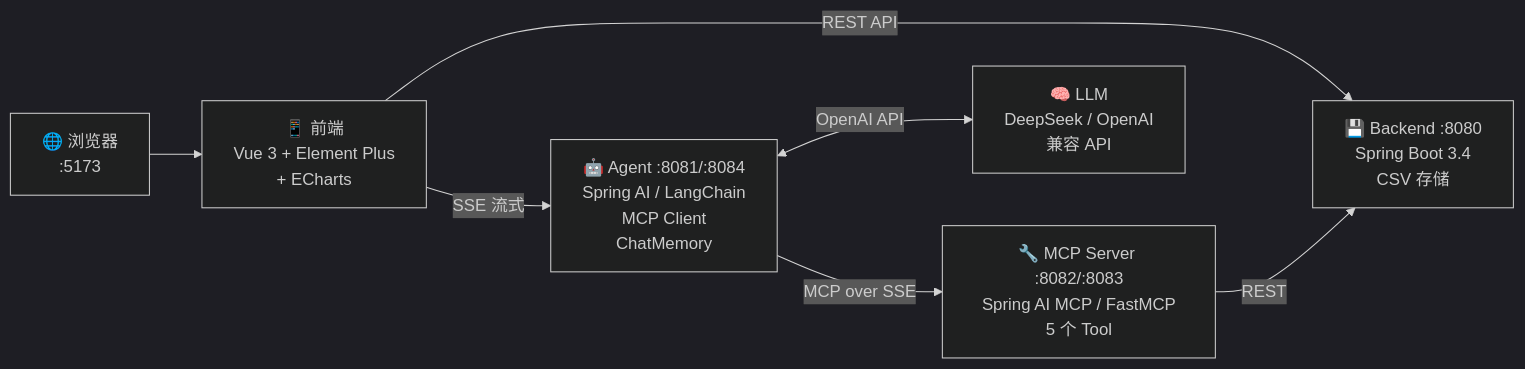
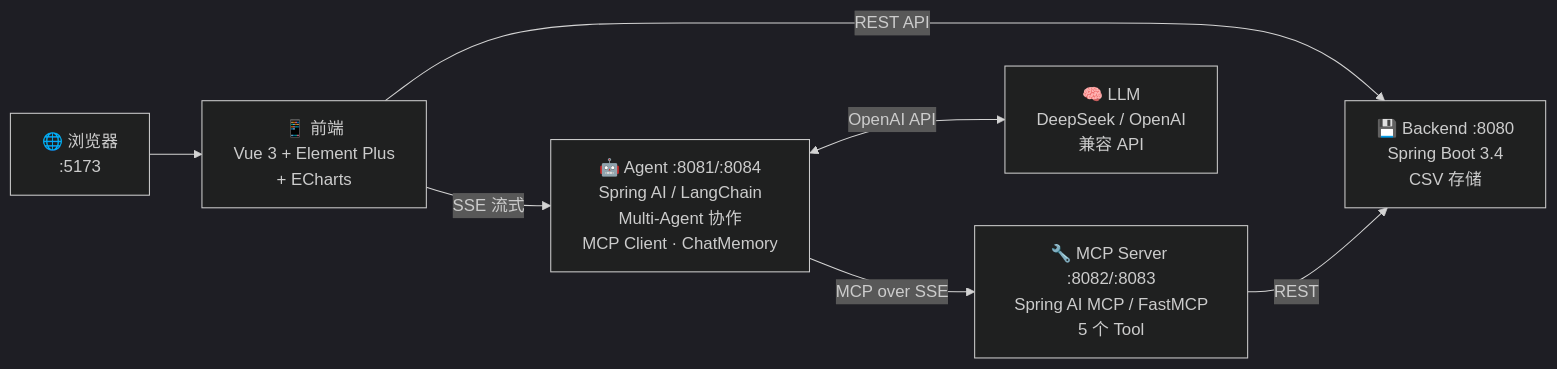
One commit to reallyhwc/test-learn-agent changed the first of 12 diagrams in README.md. Above: the diagram before and after it, drawn with Mermaid (dark theme). The commit also changed other lines of this file and 5 other files, not shown here.

First line of the commit message:
docs: 全面更新项目文档反映 Multi-Agent 架构和 HITL 实施

````diff
--- a/README.md
+++ b/README.md
@@ -35,16 +35,16 @@
 ```mermaid
 graph LR
     Browser["🌐 浏览器<br/>:5173"]
     Frontend["📱 前端<br/>Vue 3 + Element Plus<br/>+ ECharts"]
-    Agent["🤖 Agent :8081/:8084<br/>Spring AI / LangChain<br/>MCP Client<br/>ChatMemory"]
+    Agent["🤖 Agent :8081/:8084<br/>Spring AI / LangChain<br/>Multi-Agent 协作<br/>MCP Client · ChatMemory"]
     LLM["🧠 LLM<br/>DeepSeek / OpenAI<br/>兼容 API"]
     MCPServer["🔧 MCP Server :8082/:8083<br/>Spring AI MCP / FastMCP<br/>5 个 Tool"]
     Backend["💾 Backend :8080<br/>Spring Boot 3.4<br/>CSV 存储"]
 
     Browser --> Frontend
     Frontend -->|"REST API"| Backend
     Frontend -->|"SSE 流式"| Agent
     Agent <-->|"OpenAI API"| LLM
     Agent -->|"MCP over SSE"| MCPServer
     MCPServer -->|"REST"| Backend
 ```
````
